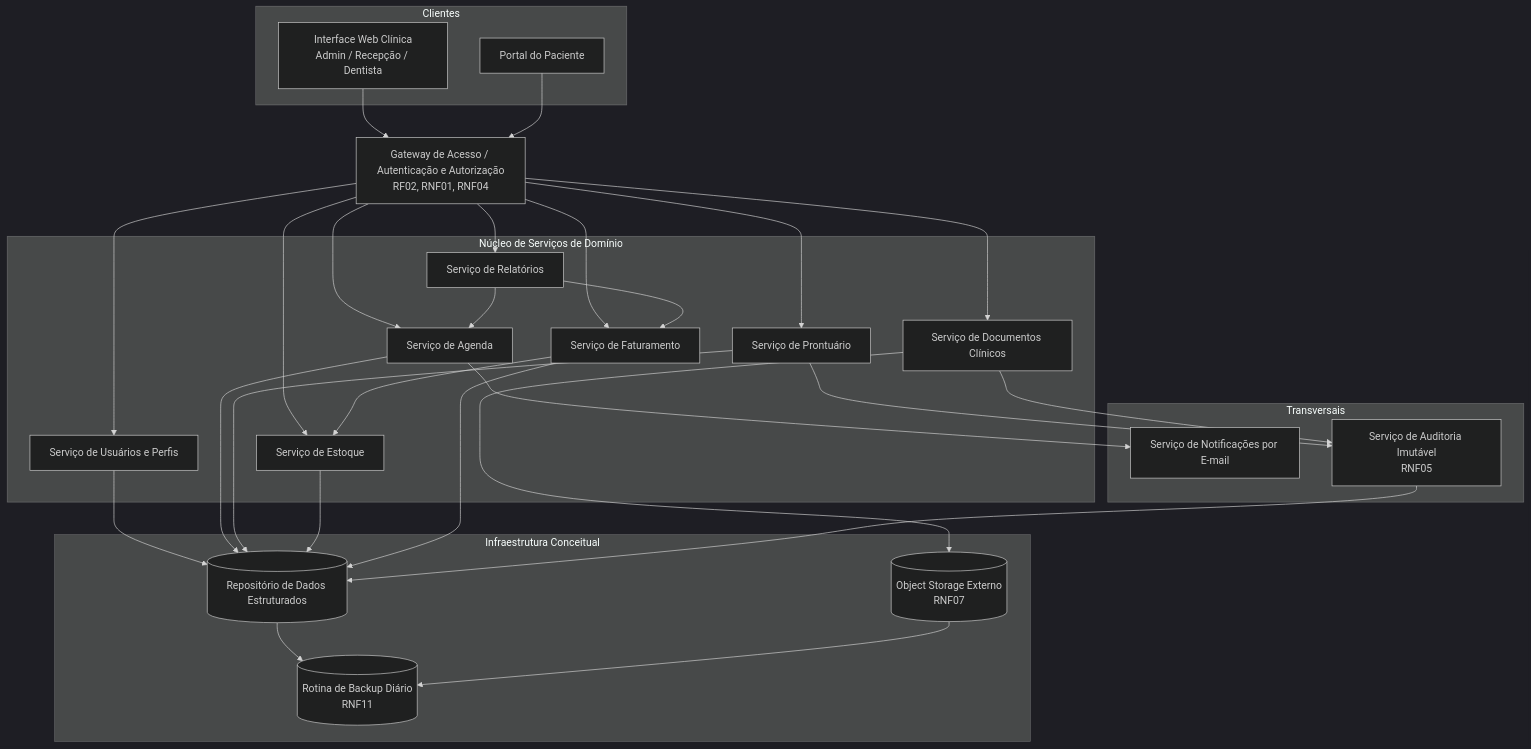
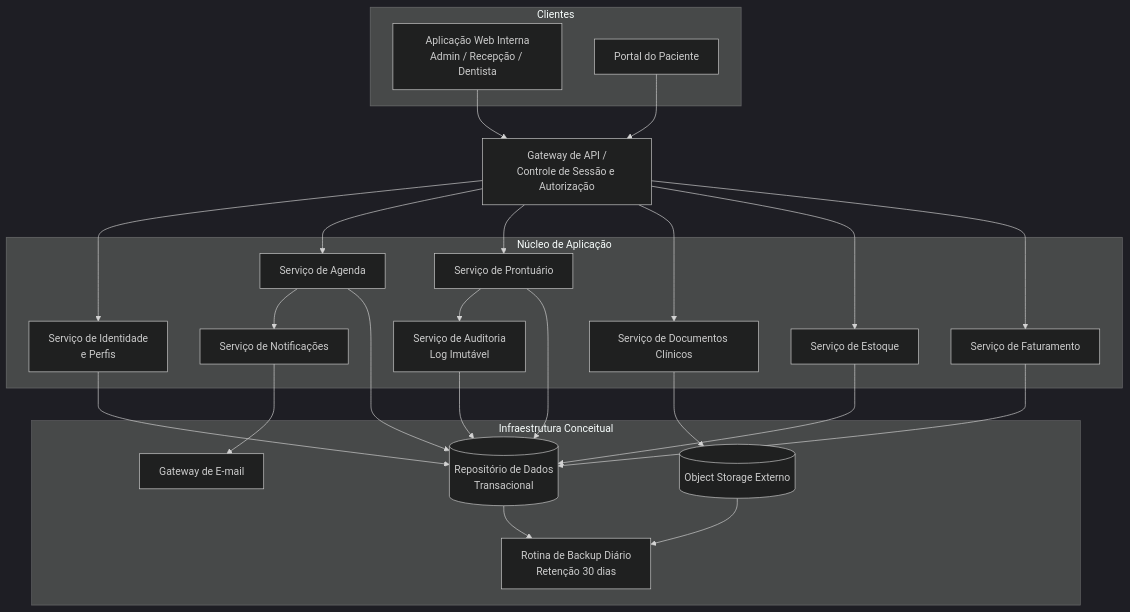
The first of 3 diagrams in docs/Time_2_Design/analise-qualitativa/outputs/relatorio_claude_fable_5_M02.md (PDC-ESIA/AI4ES), drawn with Mermaid (dark theme) before and after one commit. The commit also changed other lines of this file and 107 other files, not shown here.

````diff
--- a/docs/Time_2_Design/analise-qualitativa/outputs/relatorio_claude_fable_5_M02.md
+++ b/docs/Time_2_Design/analise-qualitativa/outputs/relatorio_claude_fable_5_M02.md
@@ -31,57 +29,48 @@
 ```mermaid
 flowchart TB
     subgraph Clientes
-        UIC[Interface Web Clínica<br/>Admin / Recepção / Dentista]
-        UIP[Portal do Paciente]
+        UI[Aplicação Web Interna<br/>Admin / Recepção / Dentista]
+        PORTAL[Portal do Paciente]
     end
 
-    GW[Gateway de Acesso / Autenticação e Autorização<br/>RF02, RNF01, RNF04]
+    GW[Gateway de API /<br/>Controle de Sessão e Autorização]
 
-    subgraph Nucleo["Núcleo de Serviços de Domínio"]
-        USR[Serviço de Usuários e Perfis]
+    subgraph Nucleo["Núcleo de Aplicação"]
+        AUTH[Serviço de Identidade<br/>e Perfis]
         AGD[Serviço de Agenda]
         PRT[Serviço de Prontuário]
         DOC[Serviço de Documentos Clínicos]
         EST[Serviço de Estoque]
         FAT[Serviço de Faturamento]
-        REL[Serviço de Relatórios]
-    end
-
-    subgraph Transversais
-        NOT[Serviço de Notificações por E-mail]
-        AUD[Serviço de Auditoria Imutável<br/>RNF05]
+        NOT[Serviço de Notificações]
+        AUD[Serviço de Auditoria<br/>Log Imutável]
     end
 
     subgraph Infra["Infraestrutura Conceitual"]
-        DB[(Repositório de Dados Estruturados)]
-        OBJ[(Object Storage Externo<br/>RNF07)]
-        BKP[(Rotina de Backup Diário<br/>RNF11)]
+        DB[(Repositório de Dados<br/>Transacional)]
+        OBJ[(Object Storage Externo)]
+        MAIL[Gateway de E-mail]
+        BKP[Rotina de Backup Diário<br/>Retenção 30 dias]
     end
 
-    UIC --> GW
-    UIP --> GW
-    GW --> USR
+    UI --> GW
+    PORTAL --> GW
+    GW --> AUTH
     GW --> AGD
     GW --> PRT
     GW --> DOC
     GW --> EST
     GW --> FAT
-    GW --> REL
-
     AGD --> NOT
+    NOT --> MAIL
     PRT --> AUD
-    DOC --> AUD
     DOC --> OBJ
-    FAT --> EST
-    REL --> FAT
-    REL --> AGD
-
-    USR --> DB
     AGD --> DB
     PRT --> DB
     EST --> DB
     FAT --> DB
+    AUTH --> DB
     AUD --> DB
     DB --> BKP
     OBJ --> BKP
 ```
````
